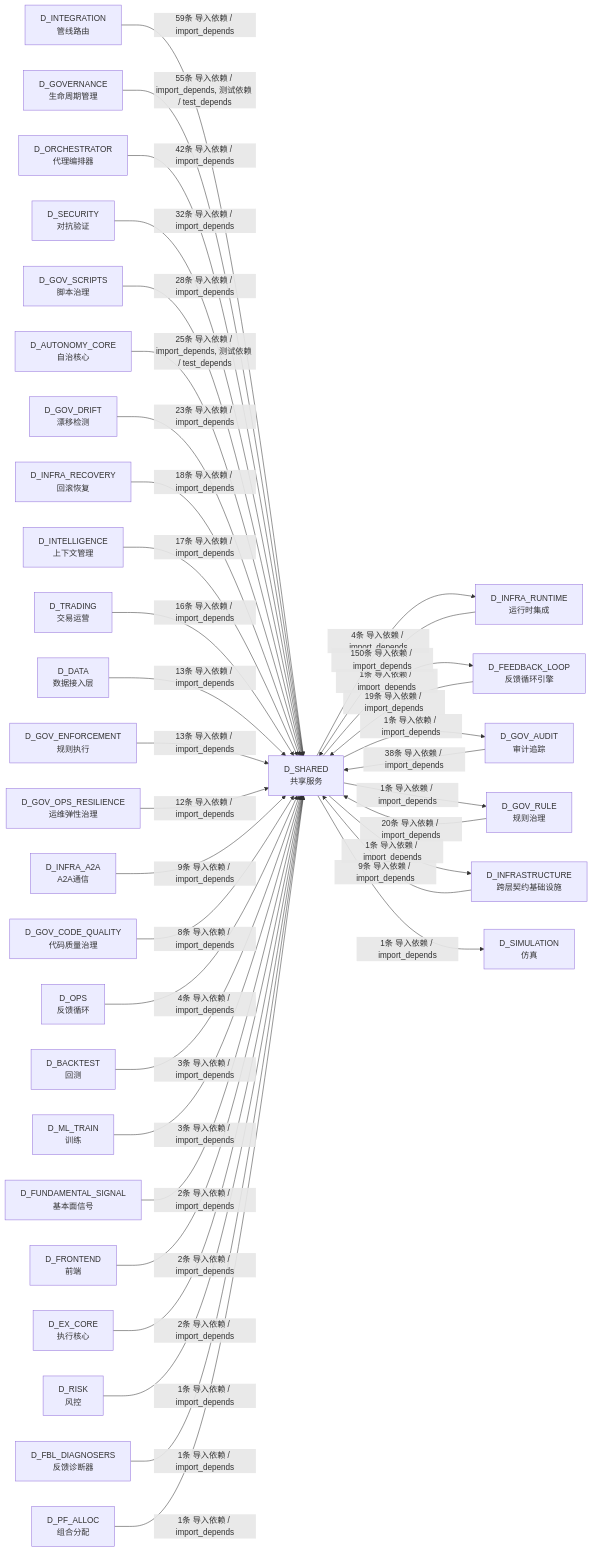
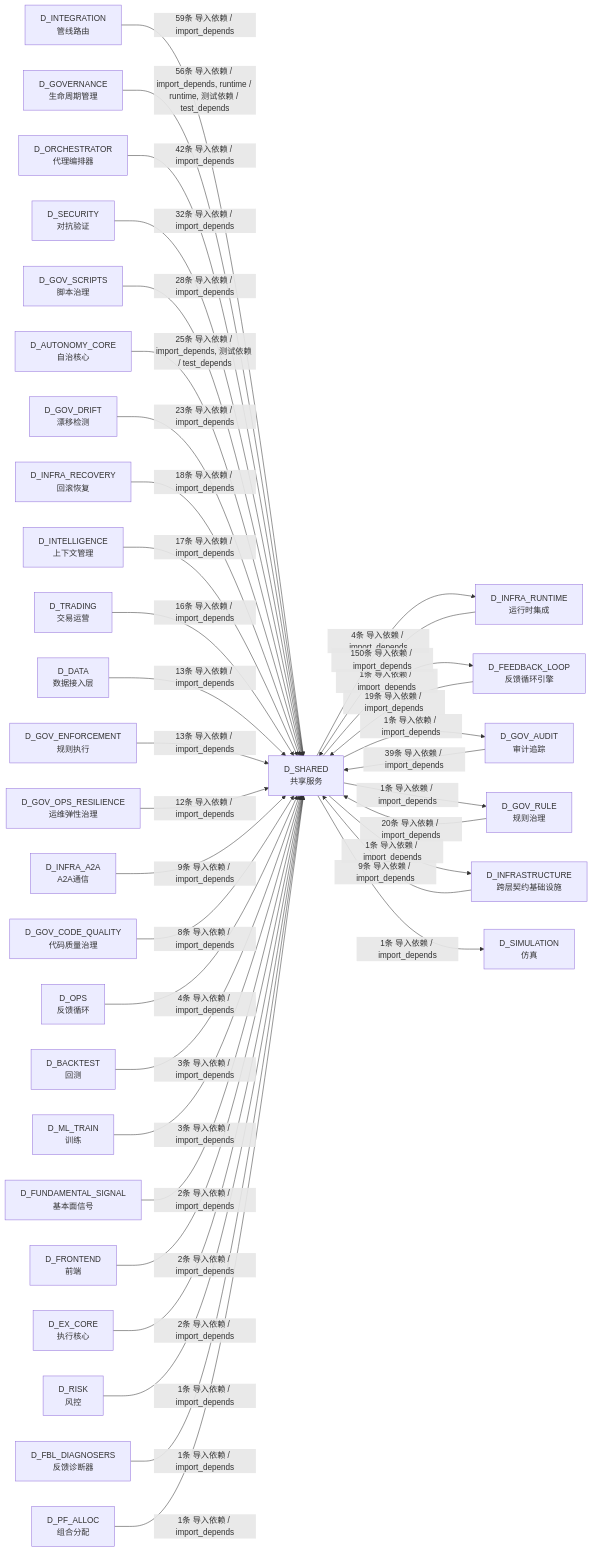
One commit to xuanFelixVan/ZephyrAlpha changed the tenth of 10 diagrams in docs/02_enterprise_architecture/02_domain_architecture_docs/26_d_shared.md. Above: the diagram before and after it, drawn with Mermaid. The commit also changed other lines of this file and 87 other files, not shown here.

````diff
--- a/docs/02_enterprise_architecture/02_domain_architecture_docs/26_d_shared.md
+++ b/docs/02_enterprise_architecture/02_domain_architecture_docs/26_d_shared.md
@@ -1721,69 +1722,69 @@
 ```mermaid
 graph LR
     D_SHARED["D_SHARED<br/>共享服务"]
     D_INFRA_RUNTIME["D_INFRA_RUNTIME<br/>运行时集成"]
     D_FEEDBACK_LOOP["D_FEEDBACK_LOOP<br/>反馈循环引擎"]
     D_GOV_AUDIT["D_GOV_AUDIT<br/>审计追踪"]
     D_GOV_RULE["D_GOV_RULE<br/>规则治理"]
     D_INFRASTRUCTURE["D_INFRASTRUCTURE<br/>跨层契约基础设施"]
     D_SIMULATION["D_SIMULATION<br/>仿真"]
     D_INTEGRATION["D_INTEGRATION<br/>管线路由"]
     D_GOVERNANCE["D_GOVERNANCE<br/>生命周期管理"]
     D_ORCHESTRATOR["D_ORCHESTRATOR<br/>代理编排器"]
     D_SECURITY["D_SECURITY<br/>对抗验证"]
     D_GOV_SCRIPTS["D_GOV_SCRIPTS<br/>脚本治理"]
     D_AUTONOMY_CORE["D_AUTONOMY_CORE<br/>自治核心"]
     D_GOV_DRIFT["D_GOV_DRIFT<br/>漂移检测"]
     D_INFRA_RECOVERY["D_INFRA_RECOVERY<br/>回滚恢复"]
     D_INTELLIGENCE["D_INTELLIGENCE<br/>上下文管理"]
     D_TRADING["D_TRADING<br/>交易运营"]
     D_DATA["D_DATA<br/>数据接入层"]
     D_GOV_ENFORCEMENT["D_GOV_ENFORCEMENT<br/>规则执行"]
     D_GOV_OPS_RESILIENCE["D_GOV_OPS_RESILIENCE<br/>运维弹性治理"]
     D_INFRA_A2A["D_INFRA_A2A<br/>A2A通信"]
     D_GOV_CODE_QUALITY["D_GOV_CODE_QUALITY<br/>代码质量治理"]
     D_OPS["D_OPS<br/>反馈循环"]
     D_BACKTEST["D_BACKTEST<br/>回测"]
     D_ML_TRAIN["D_ML_TRAIN<br/>训练"]
     D_FUNDAMENTAL_SIGNAL["D_FUNDAMENTAL_SIGNAL<br/>基本面信号"]
     D_FRONTEND["D_FRONTEND<br/>前端"]
     D_EX_CORE["D_EX_CORE<br/>执行核心"]
     D_RISK["D_RISK<br/>风控"]
     D_FBL_DIAGNOSERS["D_FBL_DIAGNOSERS<br/>反馈诊断器"]
     D_PF_ALLOC["D_PF_ALLOC<br/>组合分配"]
     D_SHARED -->|4条 导入依赖 / import_depends| D_INFRA_RUNTIME
     D_SHARED -->|1条 导入依赖 / import_depends| D_FEEDBACK_LOOP
     D_SHARED -->|1条 导入依赖 / import_depends| D_GOV_AUDIT
     D_SHARED -->|1条 导入依赖 / import_depends| D_GOV_RULE
     D_SHARED -->|1条 导入依赖 / import_depends| D_INFRASTRUCTURE
     D_SHARED -->|1条 导入依赖 / import_depends| D_SIMULATION
     D_INFRA_RUNTIME -->|150条 导入依赖 / import_depends| D_SHARED
     D_INTEGRATION -->|59条 导入依赖 / import_depends| D_SHARED
-    D_GOVERNANCE -->|55条 导入依赖 / import_depends, 测试依赖 / test_depends| D_SHARED
+    D_GOVERNANCE -->|56条 导入依赖 / import_depends, runtime / runtime, 测试依赖 / test_depends| D_SHARED
     D_ORCHESTRATOR -->|42条 导入依赖 / import_depends| D_SHARED
-    D_GOV_AUDIT -->|38条 导入依赖 / import_depends| D_SHARED
+    D_GOV_AUDIT -->|39条 导入依赖 / import_depends| D_SHARED
     D_SECURITY -->|32条 导入依赖 / import_depends| D_SHARED
     D_GOV_SCRIPTS -->|28条 导入依赖 / import_depends| D_SHARED
     D_AUTONOMY_CORE -->|25条 导入依赖 / import_depends, 测试依赖 / test_depends| D_SHARED
     D_GOV_DRIFT -->|23条 导入依赖 / import_depends| D_SHARED
     D_GOV_RULE -->|20条 导入依赖 / import_depends| D_SHARED
     D_FEEDBACK_LOOP -->|19条 导入依赖 / import_depends| D_SHARED
     D_INFRA_RECOVERY -->|18条 导入依赖 / import_depends| D_SHARED
     D_INTELLIGENCE -->|17条 导入依赖 / import_depends| D_SHARED
     D_TRADING -->|16条 导入依赖 / import_depends| D_SHARED
     D_DATA -->|13条 导入依赖 / import_depends| D_SHARED
     D_GOV_ENFORCEMENT -->|13条 导入依赖 / import_depends| D_SHARED
     D_GOV_OPS_RESILIENCE -->|12条 导入依赖 / import_depends| D_SHARED
     D_INFRASTRUCTURE -->|9条 导入依赖 / import_depends| D_SHARED
     D_INFRA_A2A -->|9条 导入依赖 / import_depends| D_SHARED
     D_GOV_CODE_QUALITY -->|8条 导入依赖 / import_depends| D_SHARED
     D_OPS -->|4条 导入依赖 / import_depends| D_SHARED
     D_BACKTEST -->|3条 导入依赖 / import_depends| D_SHARED
     D_ML_TRAIN -->|3条 导入依赖 / import_depends| D_SHARED
     D_FUNDAMENTAL_SIGNAL -->|2条 导入依赖 / import_depends| D_SHARED
     D_FRONTEND -->|2条 导入依赖 / import_depends| D_SHARED
     D_EX_CORE -->|2条 导入依赖 / import_depends| D_SHARED
     D_RISK -->|1条 导入依赖 / import_depends| D_SHARED
     D_FBL_DIAGNOSERS -->|1条 导入依赖 / import_depends| D_SHARED
     D_PF_ALLOC -->|1条 导入依赖 / import_depends| D_SHARED
 ```
````
